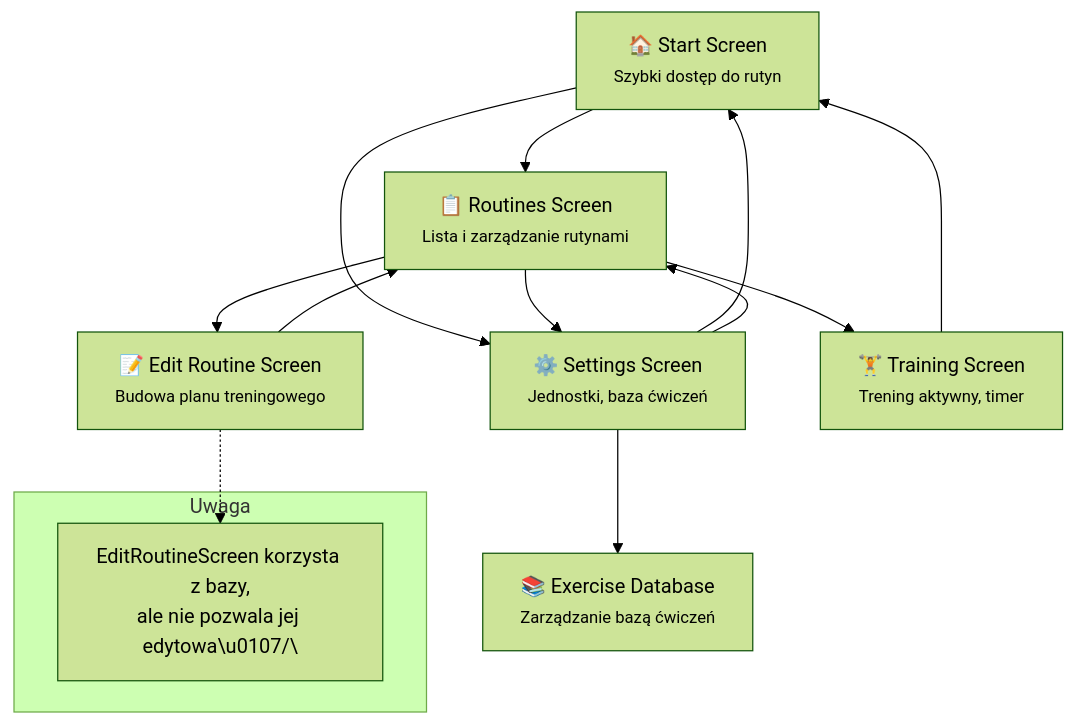
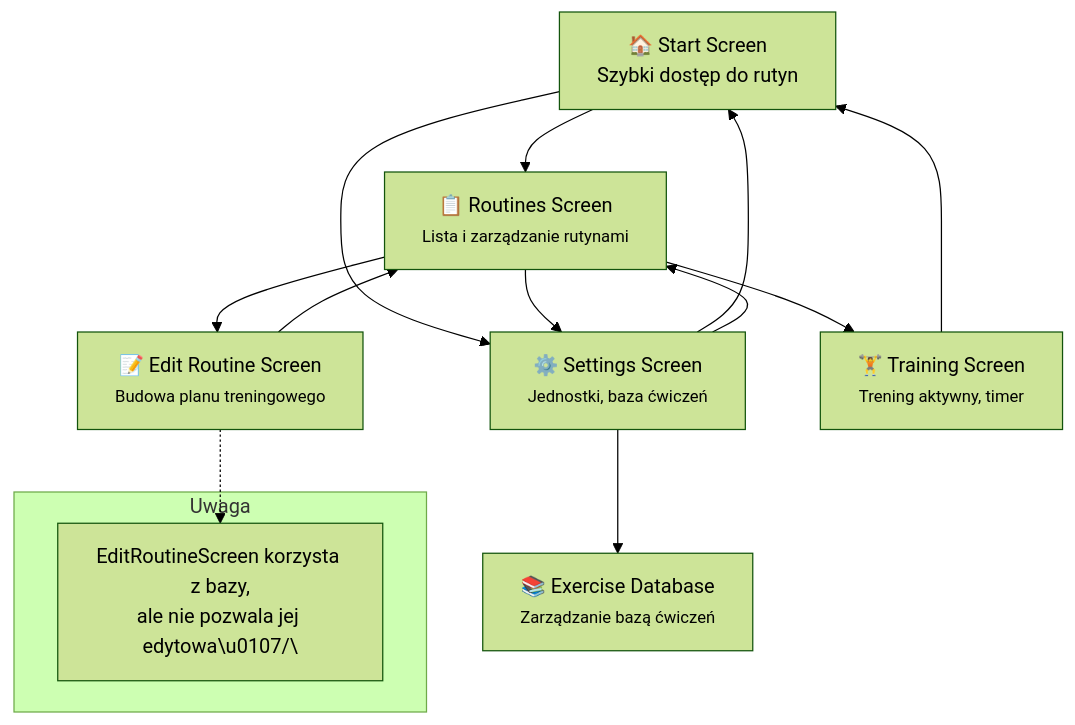
Before and after one commit to Ramigiusz/GymApp: the diagram in README.md, drawn with Mermaid (forest theme).

````diff
--- a/README.md
+++ b/README.md
@@ -63,31 +63,31 @@
 ```mermaid
 flowchart TD
     %% Ekrany główne
-    Start["🏠 Start Screen<br/><small>Szybki dostęp do rutyn</small>"]
+    Start["🏠 Start Screen<br/><medium>Szybki dostęp do rutyn</medium>"]
     Settings["⚙️ Settings Screen<br/><small>Jednostki, baza ćwiczeń</small>"]
     Routines["📋 Routines Screen<br/><small>Lista i zarządzanie rutynami</small>"]
     EditRoutine["📝 Edit Routine Screen<br/><small>Budowa planu treningowego</small>"]
     Training["🏋️ Training Screen<br/><small>Trening aktywny, timer</small>"]
     ExerciseDB["📚 Exercise Database<br/><small>Zarządzanie bazą ćwiczeń</small>"]
 
     %% Nawigacja główna
     Start --> Routines
     Start --> Settings
 
     Settings --> ExerciseDB
     Settings --> Start
     Settings --> Routines
 
     Routines --> EditRoutine
     Routines --> Training
     Routines --> Settings
 
     EditRoutine --> Routines
     Training --> Start
 
     %% Przypis do EditRoutine
     subgraph Uwaga
         Note1["EditRoutineScreen korzysta z bazy,<br/>ale nie pozwala jej edytowa\u0107/\"]
     end
     EditRoutine -.-> Note1
 ```
````
